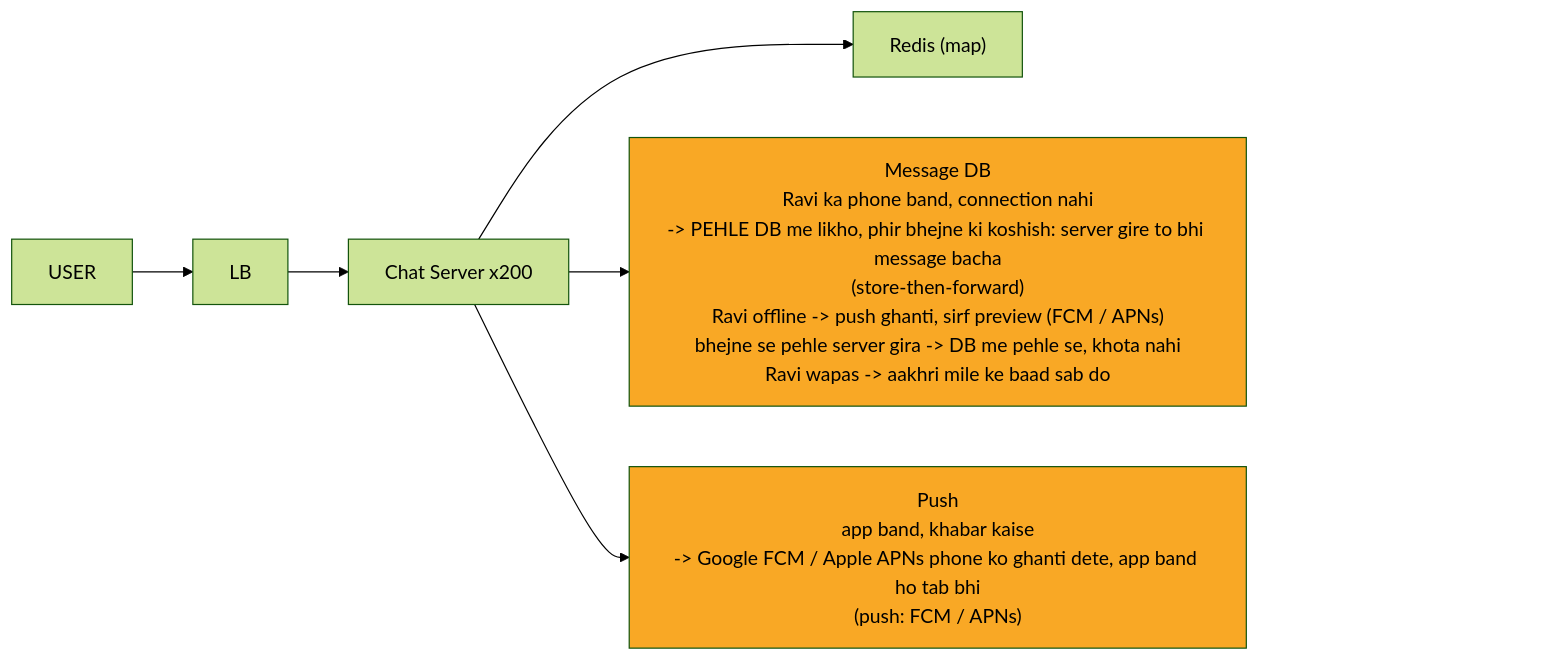
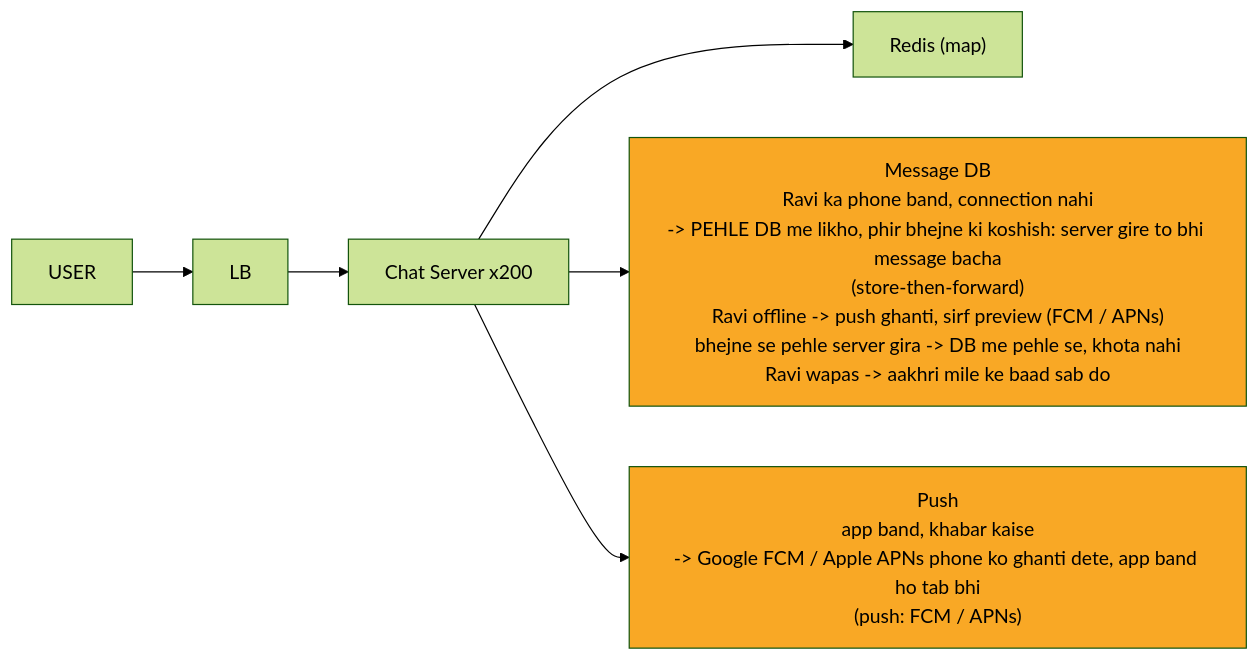
Before and after one commit to ArpanMaheshwari144/Prep: the fourth of 12 diagrams in 04_HLD/SYSTEM_DESIGNS/14_chat_messaging/14_chat_messaging.md, drawn with Mermaid (forest theme). The commit also changed other lines of this file and 182 other files, not shown here.

Commit message:
hld 14 file: har diagram mermaid-cli se SVG image (source details me), n_pad hataya, render tool 04_HLD/tools

````diff
--- a/04_HLD/SYSTEM_DESIGNS/14_chat_messaging/14_chat_messaging.md
+++ b/04_HLD/SYSTEM_DESIGNS/14_chat_messaging/14_chat_messaging.md
@@ -206,20 +222,17 @@
 ```mermaid
 %%{init: {"flowchart": {"wrappingWidth": 450}}}%%
 flowchart LR
     n_U["USER"]
     n_LB["LB"]
     n_CS["Chat Server x200"]
     n_R["Redis (map)"]
     n_DB["Message DB<br/>Ravi ka phone band, connection nahi<br/>-> PEHLE DB me likho, phir bhejne ki koshish: server gire to bhi message bacha<br/>(store-then-forward)<br/>Ravi offline -> push ghanti, sirf preview (FCM / APNs)<br/>bhejne se pehle server gira -> DB me pehle se, khota nahi<br/>Ravi wapas -> aakhri mile ke baad sab do"]
     n_P["Push<br/>app band, khabar kaise<br/>-> Google FCM / Apple APNs phone ko ghanti dete, app band ho tab bhi<br/>(push: FCM / APNs)"]
     n_U --> n_LB
     n_LB --> n_CS
     n_CS --> n_R
     n_CS --> n_DB
     n_CS --> n_P
-    n_pad["xxxxxxxxxxxxxxxx"]
-    n_P ~~~ n_pad
     style n_DB fill:#f9a825,color:#000
     style n_P fill:#f9a825,color:#000
-    style n_pad fill:none,stroke:none,color:#ffffff00
 ```
````
